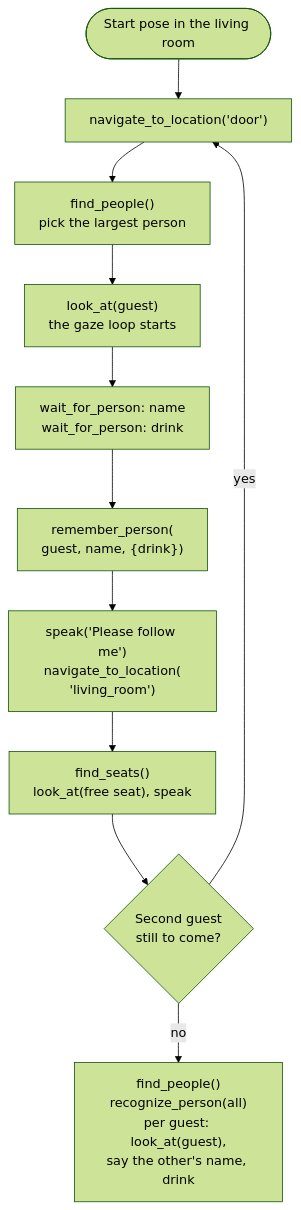
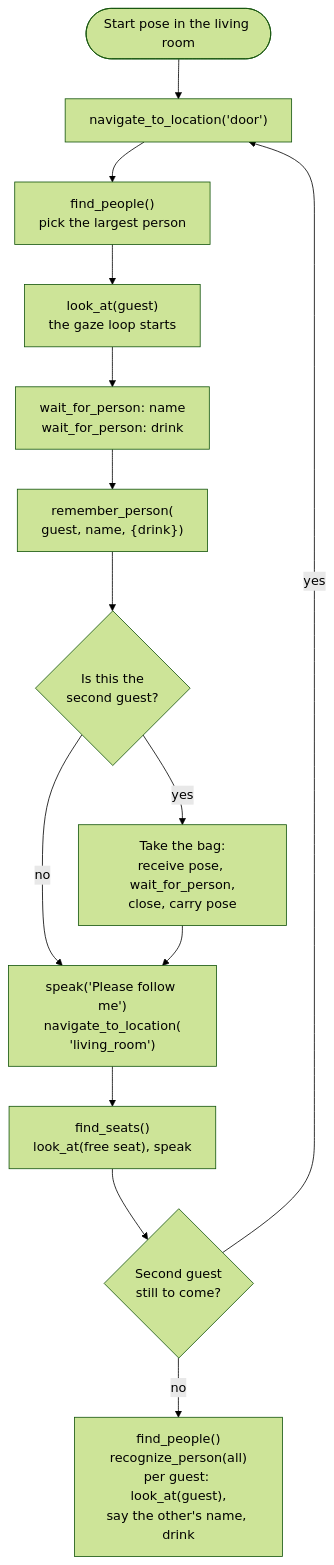
Before and after one commit to EIC-Robocup-2026/walkie-agent-ros: the first of 4 diagrams in docs/architecture/hri.md, drawn with Mermaid (forest theme). The commit also changed other lines of this file and 3 other files, not shown here.

````diff
--- a/docs/architecture/hri.md
+++ b/docs/architecture/hri.md
@@ -80,13 +88,16 @@
 ```mermaid
 flowchart TB
     start(["Start pose in the living room"]) --> door["navigate_to_location('door')"]
     door --> find["find_people()<br/>pick the largest person"]
     find --> look["look_at(guest)<br/>the gaze loop starts"]
     look --> ask["wait_for_person: name<br/>wait_for_person: drink"]
     ask --> mem["remember_person(<br/>guest, name, {drink})"]
-    mem --> guide["speak('Please follow me')<br/>navigate_to_location(<br/>'living_room')"]
+    mem --> second{"Is this the<br/>second guest?"}
+    second -->|"yes"| bag["Take the bag:<br/>receive pose, wait_for_person,<br/>close, carry pose"]
+    second -->|"no"| guide
+    bag --> guide["speak('Please follow me')<br/>navigate_to_location(<br/>'living_room')"]
     guide --> seats["find_seats()<br/>look_at(free seat), speak"]
     seats --> more{"Second guest<br/>still to come?"}
     more -->|"yes"| door
     more -->|"no"| intro["find_people()<br/>recognize_person(all)<br/>per guest: look_at(guest),<br/>say the other's name, drink"]
 ```
````
